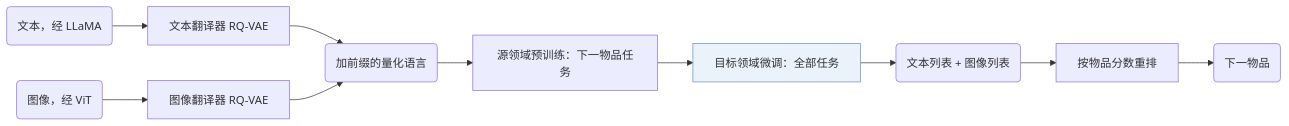
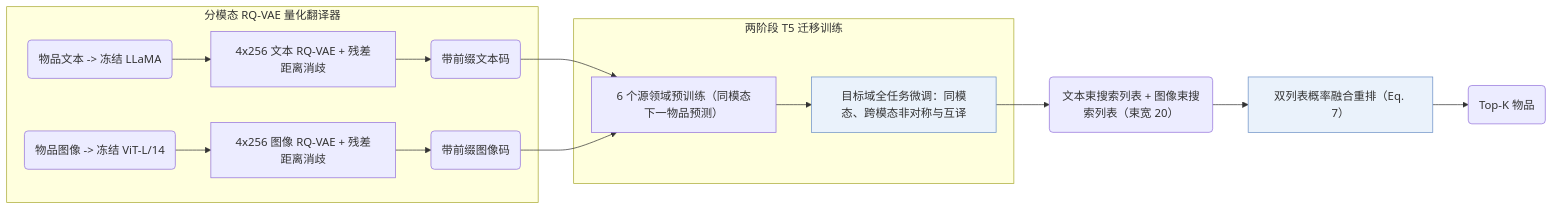
Before and after one commit to Galaxy-ghost/Awesome-SID-Generative-Rec: the diagram in notes/zh/mql4grec.md, drawn with Mermaid. The commit also changed other lines of this file and 649 other files, not shown here.

Commit message:
writer-05: also tags and modality index (schema, check, build, visuals); summary field removed; calibration data for 12 papers

````diff
--- a/notes/zh/mql4grec.md
+++ b/notes/zh/mql4grec.md
@@ -13,13 +14,16 @@
 ```mermaid
 flowchart LR
-    A("文本，经 LLaMA") --> C["文本翻译器 RQ-VAE"]
-    B("图像，经 ViT") --> D["图像翻译器 RQ-VAE"]
-    C --> E("加前缀的量化语言")
-    D --> E
-    E --> F["源领域预训练：下一物品任务"]
-    F --> G["目标领域微调：全部任务"]:::key
-    G --> H("文本列表 + 图像列表")
-    H --> I["按物品分数重排"]
-    I --> J("下一物品")
+    subgraph Dual["分模态 RQ-VAE 量化翻译器"]
+        A("物品文本 -> 冻结 LLaMA") --> C["4x256 文本 RQ-VAE + 残差距离消歧"]
+        B("物品图像 -> 冻结 ViT-L/14") --> D["4x256 图像 RQ-VAE + 残差距离消歧"]
+        C --> E("带前缀文本码 <a_*>")
+        D --> F("带前缀图像码 <b_*>")
+    end
+    subgraph Transfer["两阶段 T5 迁移训练"]
+        E & F --> G["6 个源领域预训练（同模态下一物品预测）"]
+        G --> H["目标域全任务微调：同模态、跨模态非对称与互译"]:::key
+    end
+    H --> I("文本束搜索列表 + 图像束搜索列表（束宽 20）")
+    I --> J["双列表概率融合重排（Eq. 7）"]:::key --> K("Top-K 物品")
     classDef key fill:#eaf2fb,stroke:#6b8fc7
 ```
````
